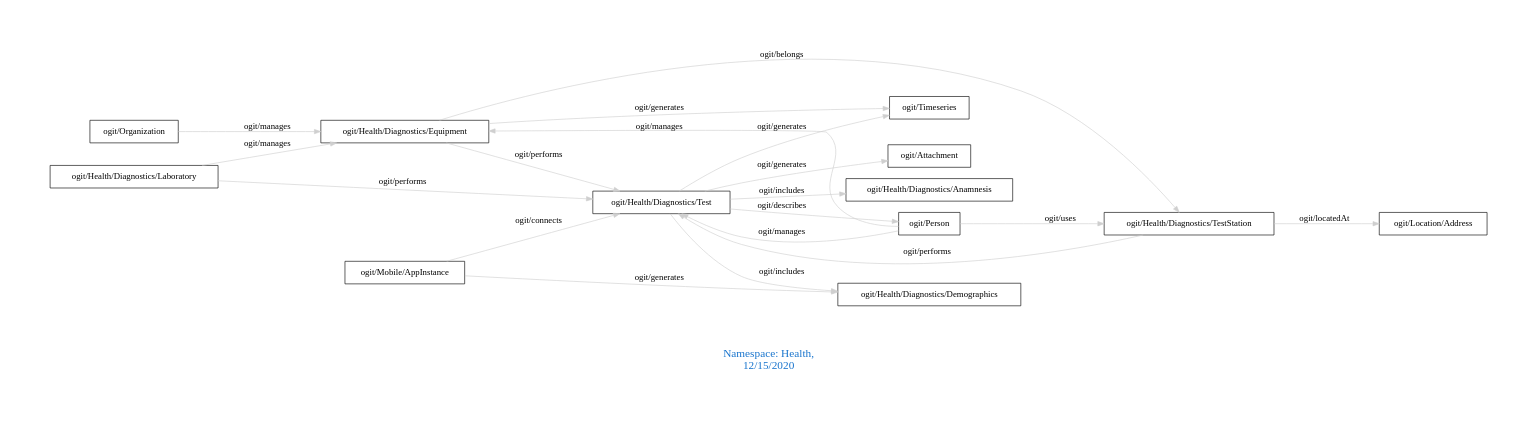
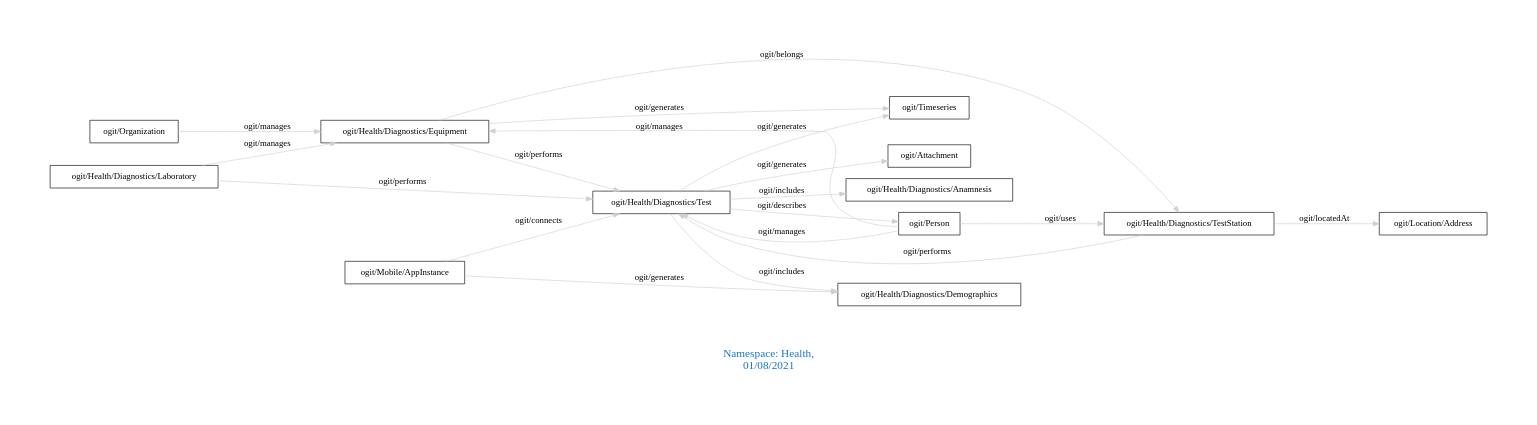
One commit to arago/OGIT changed the diagram in downloads/Health.dot. Above: the diagram before and after it, drawn with Graphviz. The commit also changed 1837 other files, not shown here.

```diff
--- a/downloads/Health.dot
+++ b/downloads/Health.dot
@@ -1,26 +1,26 @@
 digraph OGIT_ontology {
  graph [ rankdir= LR,pad=1 
 fontsize = 18,
-fontcolor= dodgerblue3,label = "\n\n\nNamespace: Health, \n 12/15/2020"];
+fontcolor= dodgerblue3,label = "\n\n\nNamespace: Health, \n 01/08/2021"];
 node[shape=polygon];
 edge [  color="gray81"];
 
    "ogit/Health/Diagnostics/Laboratory" -> "ogit/Health/Diagnostics/Equipment" [label="   ogit/manages    "];
    "ogit/Organization" -> "ogit/Health/Diagnostics/Equipment" [label="   ogit/manages    "];
    "ogit/Person" -> "ogit/Health/Diagnostics/Equipment" [label="   ogit/manages    "];
    "ogit/Person" -> "ogit/Health/Diagnostics/Test" [label="   ogit/manages    "];
    "ogit/Health/Diagnostics/Equipment" -> "ogit/Timeseries" [label="   ogit/generates    "];
    "ogit/Health/Diagnostics/Test" -> "ogit/Attachment" [label="   ogit/generates    "];
    "ogit/Health/Diagnostics/Test" -> "ogit/Timeseries" [label="   ogit/generates    "];
    "ogit/Mobile/AppInstance" -> "ogit/Health/Diagnostics/Demographics" [label="   ogit/generates    "];
    "ogit/Health/Diagnostics/TestStation" -> "ogit/Location/Address" [label="   ogit/locatedAt    "];
    "ogit/Health/Diagnostics/Test" -> "ogit/Health/Diagnostics/Anamnesis" [label="   ogit/includes    "];
    "ogit/Health/Diagnostics/Test" -> "ogit/Health/Diagnostics/Demographics" [label="   ogit/includes    "];
    "ogit/Health/Diagnostics/Equipment" -> "ogit/Health/Diagnostics/Test" [label="   ogit/performs    "];
    "ogit/Health/Diagnostics/Laboratory" -> "ogit/Health/Diagnostics/Test" [label="   ogit/performs    "];
    "ogit/Health/Diagnostics/TestStation" -> "ogit/Health/Diagnostics/Test" [label="   ogit/performs    "];
    "ogit/Health/Diagnostics/Test" -> "ogit/Person" [label="   ogit/describes    "];
    "ogit/Mobile/AppInstance" -> "ogit/Health/Diagnostics/Test" [label="   ogit/connects    "];
    "ogit/Health/Diagnostics/Equipment" -> "ogit/Health/Diagnostics/TestStation" [label="   ogit/belongs    "];
    "ogit/Person" -> "ogit/Health/Diagnostics/TestStation" [label="   ogit/uses    "];
 }
```
